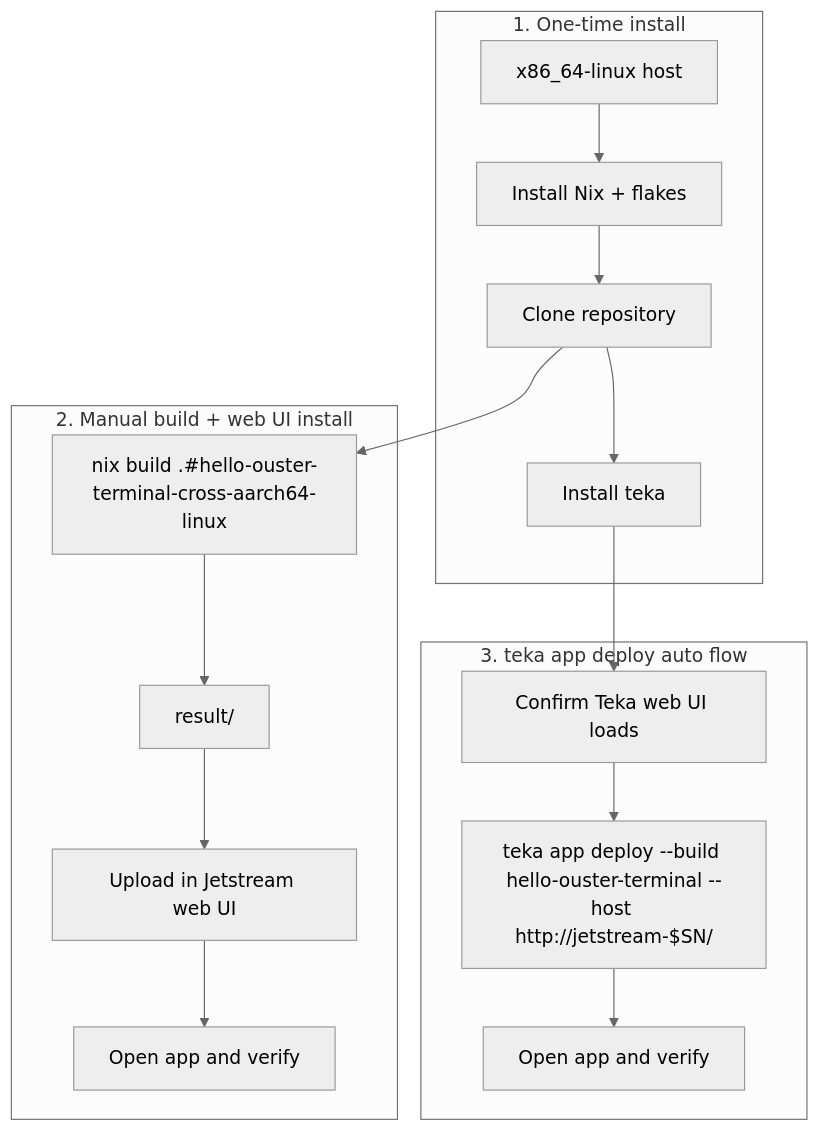
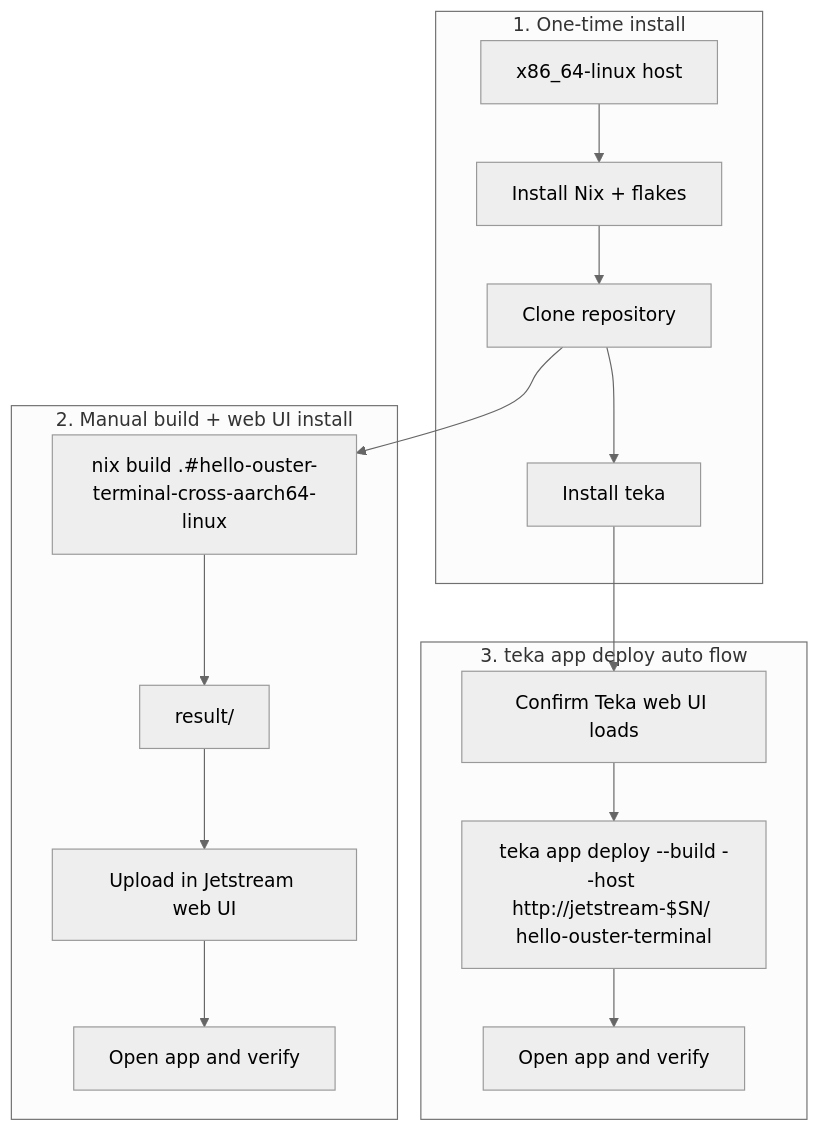
Before and after one commit to ouster-lidar/teka-sdk: the diagram in docs/developer-guide.md, drawn with Mermaid (neutral theme). The commit also changed other lines of this file and 3 other files, not shown here.

First line of the commit message:
tools: teka: Make deploy apps positional

````diff
--- a/docs/developer-guide.md
+++ b/docs/developer-guide.md
@@ -7,28 +7,28 @@
 ```mermaid
 flowchart TD
     subgraph setup [1. One-time install]
         A[x86_64-linux host]
         B[Install Nix + flakes]
         C[Clone repository]
         K[Install teka]
         A --> B --> C --> K
     end
 
     subgraph manual [2. Manual build + web UI install]
         D[nix build .#hello-ouster-terminal-cross-aarch64-linux]
         E[result/]
         F[Upload in Jetstream web UI]
         G[Open app and verify]
         D --> E --> F --> G
     end
 
     subgraph auto [3. teka app deploy auto flow]
         H[Confirm Teka web UI loads]
-        I[teka app deploy --build hello-ouster-terminal --host http://jetstream-$SN/]
+        I[teka app deploy --build --host http://jetstream-$SN/ hello-ouster-terminal]
         J[Open app and verify]
         H --> I --> J
     end
 
     C --> D
     K --> H
 ```
````
